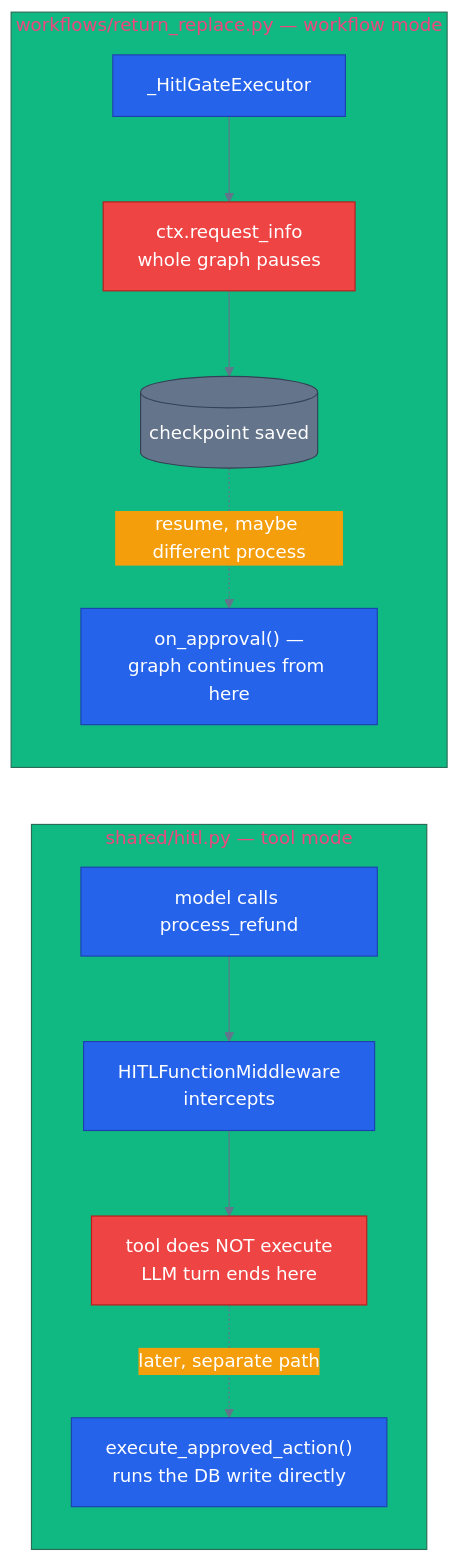
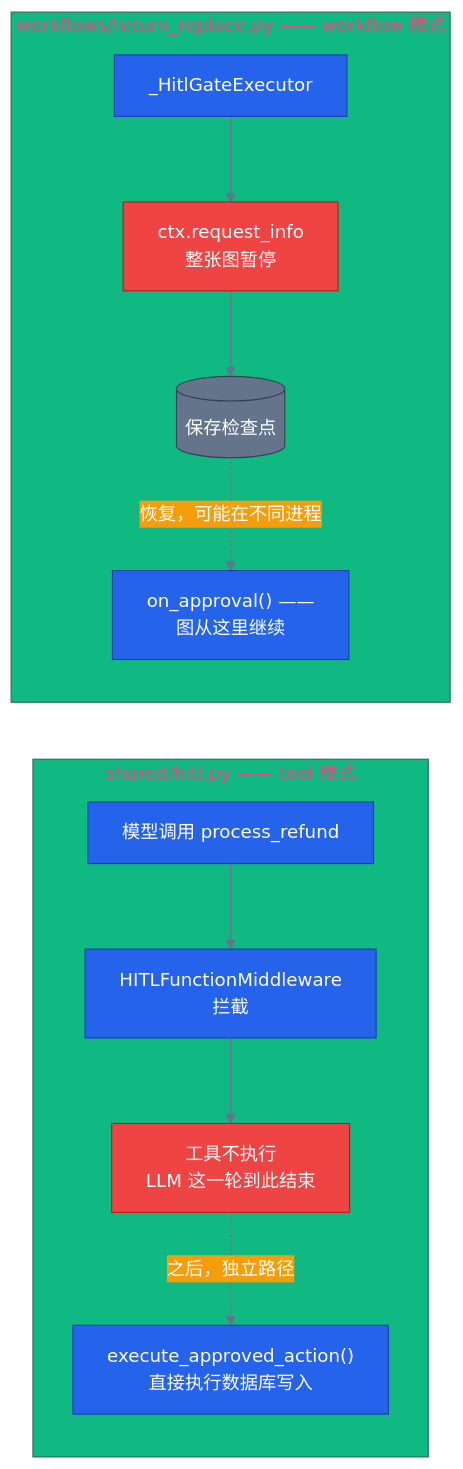
One commit to s1encisi/reliable-commerce-agents changed the diagram in docs/concepts/11-human-in-the-loop.md. Above: the diagram before and after it, drawn with Mermaid. The commit also changed other lines of this file and 1033 other files, not shown here.

````diff
--- a/docs/concepts/11-human-in-the-loop.md
+++ b/docs/concepts/11-human-in-the-loop.md
@@ -67,27 +53,27 @@
 ```mermaid
 %%{init: {'theme':'base', 'themeVariables': {
   'primaryColor': '#2563eb','primaryTextColor': '#ffffff','primaryBorderColor': '#1e40af',
   'lineColor': '#64748b','secondaryColor': '#f59e0b','tertiaryColor': '#10b981',
   'background': 'transparent'}}}%%
 flowchart LR
   classDef core    fill:#2563eb,stroke:#1e40af,color:#ffffff
   classDef error   fill:#ef4444,stroke:#b91c1c,color:#ffffff
   classDef success fill:#10b981,stroke:#047857,color:#ffffff
   classDef infra   fill:#64748b,stroke:#334155,color:#ffffff
 
-  subgraph mw["shared/hitl.py — tool mode"]
-    t1["model calls process_refund"] --> gate1["HITLFunctionMiddleware<br/>intercepts"]
-    gate1 --> block["tool does NOT execute<br/>LLM turn ends here"]
-    block -.later, separate path.-> exec["execute_approved_action()<br/>runs the DB write directly"]
+  subgraph mw["shared/hitl.py —— tool 模式"]
+    t1["模型调用 process_refund"] --> gate1["HITLFunctionMiddleware<br/>拦截"]
+    gate1 --> block["工具不执行<br/>LLM 这一轮到此结束"]
+    block -.之后，独立路径.-> exec["execute_approved_action()<br/>直接执行数据库写入"]
   end
 
-  subgraph wf["workflows/return_replace.py — workflow mode"]
-    t2["_HitlGateExecutor"] --> pause["ctx.request_info<br/>whole graph pauses"]
-    pause --> cp[("checkpoint saved")]
-    cp -.resume, maybe different process.-> resume["on_approval() —<br/>graph continues from here"]
+  subgraph wf["workflows/return_replace.py —— workflow 模式"]
+    t2["_HitlGateExecutor"] --> pause["ctx.request_info<br/>整张图暂停"]
+    pause --> cp[("保存检查点")]
+    cp -.恢复，可能在不同进程.-> resume["on_approval() ——<br/>图从这里继续"]
   end
 
   class t1,t2,gate1,exec,resume core
   class block,pause error
   class cp infra
 ```
````
